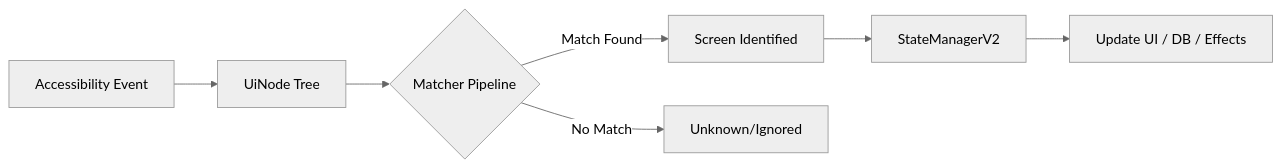
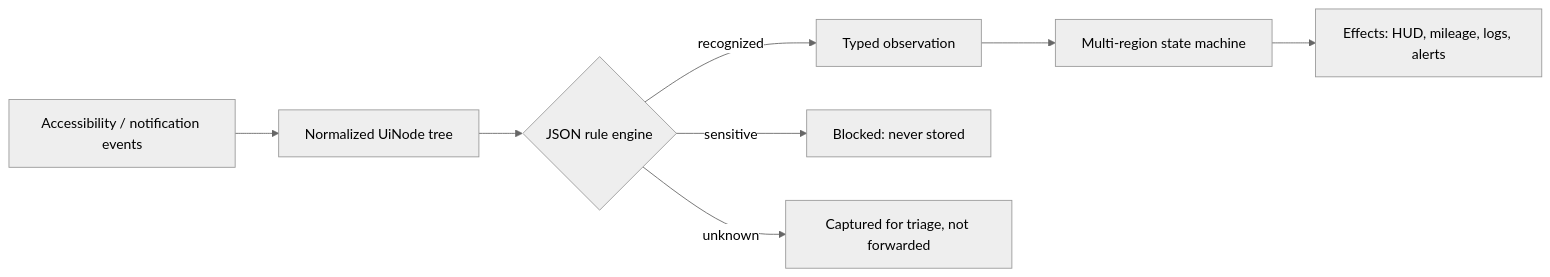
The diagram in README.md (sjtrotter/DashBuddy), drawn with Mermaid (neutral theme) before and after one commit. The commit also changed other lines of this file, not shown here.

````diff
--- a/README.md
+++ b/README.md
@@ -89,9 +122,10 @@
 ```mermaid
 graph LR
-    A[Accessibility Event] --> B[UiNode Tree]
-    B --> C{Matcher Pipeline}
-    C -- Match Found --> D[Screen Identified]
-    C -- No Match --> E[Unknown/Ignored]
-    D --> F[StateManagerV2]
-    F --> G[Update UI / DB / Effects]
+    A[Accessibility / notification events] --> B[Normalized UiNode tree]
+    B --> C{JSON rule engine}
+    C -- recognized --> D[Typed observation]
+    C -- sensitive --> X[Blocked: never stored]
+    C -- unknown --> Y[Captured for triage, not forwarded]
+    D --> E[Multi-region state machine]
+    E --> F[Effects: HUD, mileage, logs, alerts]
 ```
````
